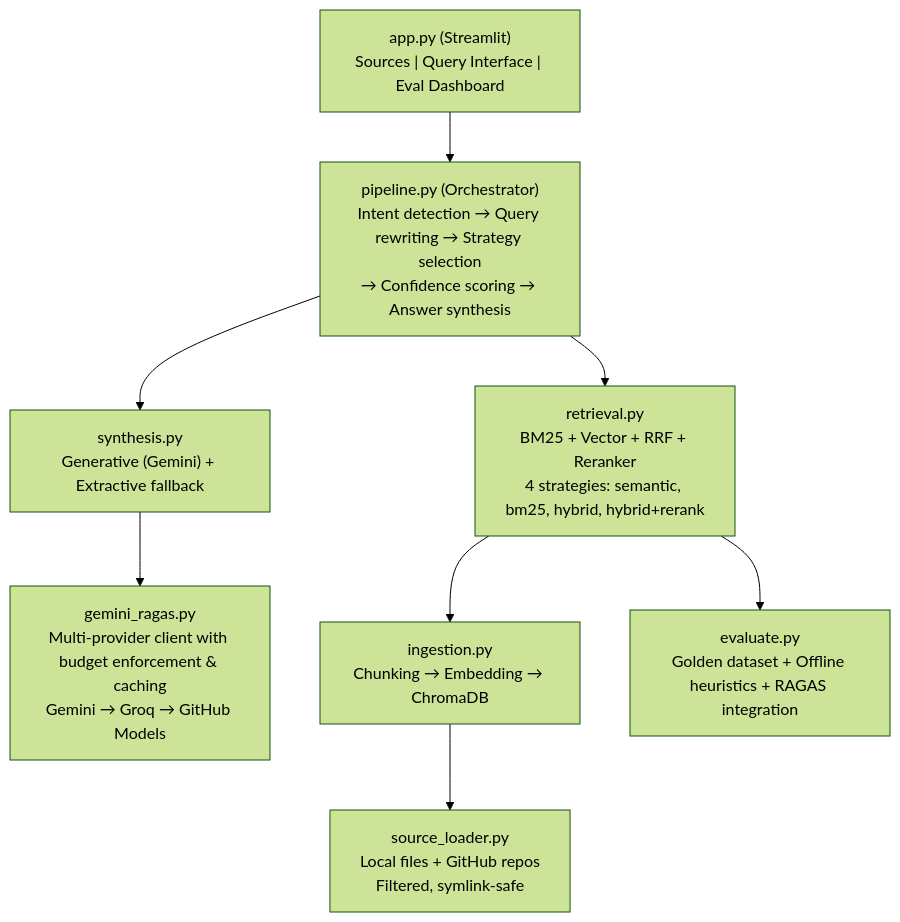
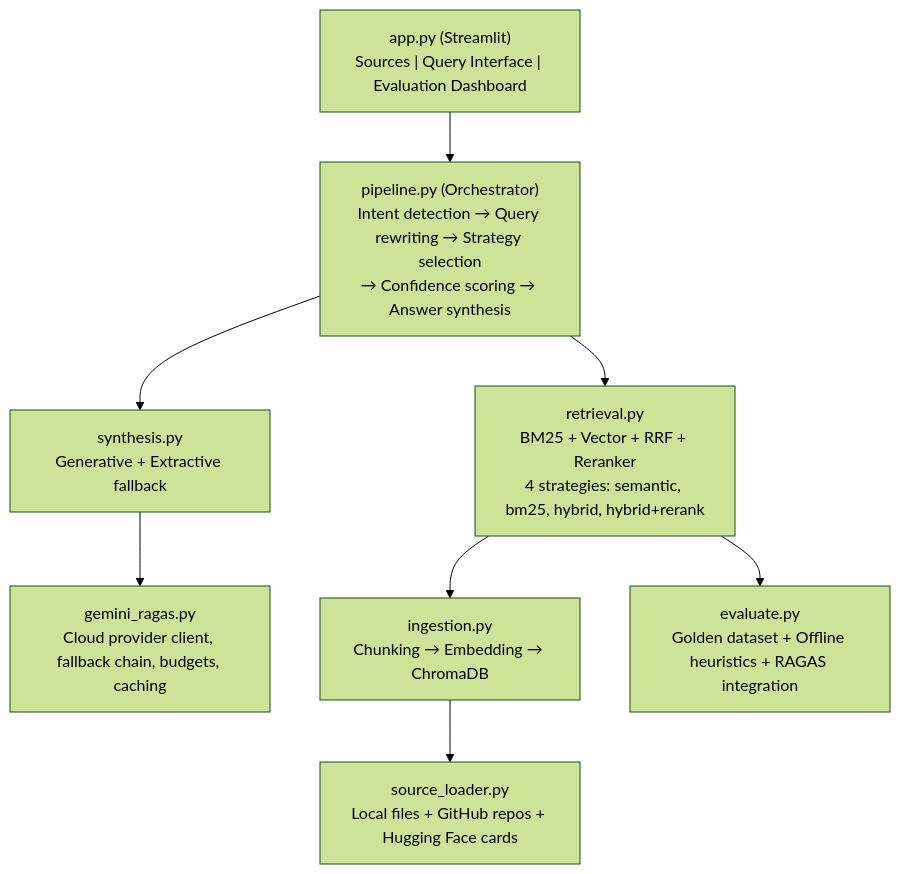
One commit to Shizu0n/Advanced-RAG changed the diagram in README.md. Above: the diagram before and after it, drawn with Mermaid (forest theme). The commit also changed other lines of this file and 9 other files, not shown here.

````diff
--- a/README.md
+++ b/README.md
@@ -16,19 +26,19 @@
 ```mermaid
 flowchart TD
-    APP["app.py (Streamlit)<br/>Sources | Query Interface | Eval Dashboard"]
+    APP["app.py (Streamlit)<br/>Sources | Query Interface | Evaluation Dashboard"]
     PIPE["pipeline.py (Orchestrator)<br/>Intent detection → Query rewriting → Strategy selection<br/>→ Confidence scoring → Answer synthesis"]
     RET["retrieval.py<br/>BM25 + Vector + RRF + Reranker<br/>4 strategies: semantic, bm25, hybrid, hybrid+rerank"]
-    SYN["synthesis.py<br/>Generative (Gemini) + Extractive fallback"]
-    GEM["gemini_ragas.py<br/>Multi-provider client with budget enforcement & caching<br/>Gemini → Groq → GitHub Models"]
+    SYN["synthesis.py<br/>Generative + Extractive fallback"]
+    GEM["gemini_ragas.py<br/>Cloud provider client, fallback chain, budgets, caching"]
     ING["ingestion.py<br/>Chunking → Embedding → ChromaDB"]
-    SRC["source_loader.py<br/>Local files + GitHub repos<br/>Filtered, symlink-safe"]
+    SRC["source_loader.py<br/>Local files + GitHub repos + Hugging Face cards"]
     EVA["evaluate.py<br/>Golden dataset + Offline heuristics + RAGAS integration"]
 
     APP --> PIPE
     PIPE --> RET
     PIPE --> SYN
     SYN --> GEM
     RET --> ING
     ING --> SRC
     RET --> EVA
 ```
````
